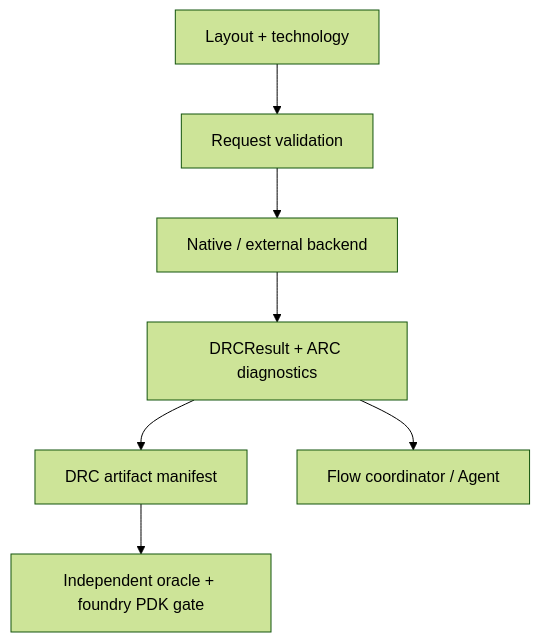
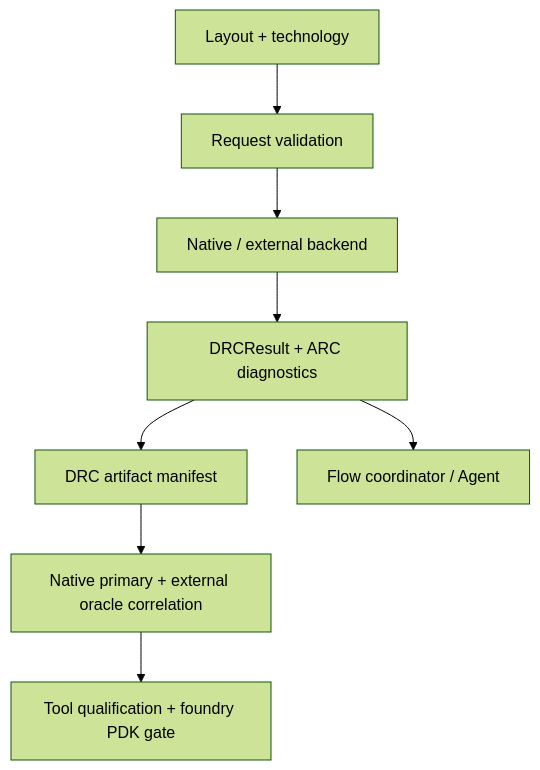
One commit to 1amageek/DRCEngine changed the diagram in DESIGN.md. Above: the diagram before and after it, drawn with Mermaid (forest theme). The commit also changed 15 other files, not shown here.

Commit message:
Add independent Magic DRC correlation

````diff
--- a/DESIGN.md
+++ b/DESIGN.md
@@ -10,9 +10,10 @@
 ```mermaid
 flowchart TD
     Input["Layout + technology"] --> Validate["Request validation"]
     Validate --> Backend["Native / external backend"]
     Backend --> Domain["DRCResult + ARC diagnostics"]
     Domain --> Persist["DRC artifact manifest"]
     Domain --> Flow["Flow coordinator / Agent"]
-    Persist --> Gate["Independent oracle + foundry PDK gate"]
+    Persist --> Correlate["Native primary + external oracle correlation"]
+    Correlate --> Gate["Tool qualification + foundry PDK gate"]
 ```
````
